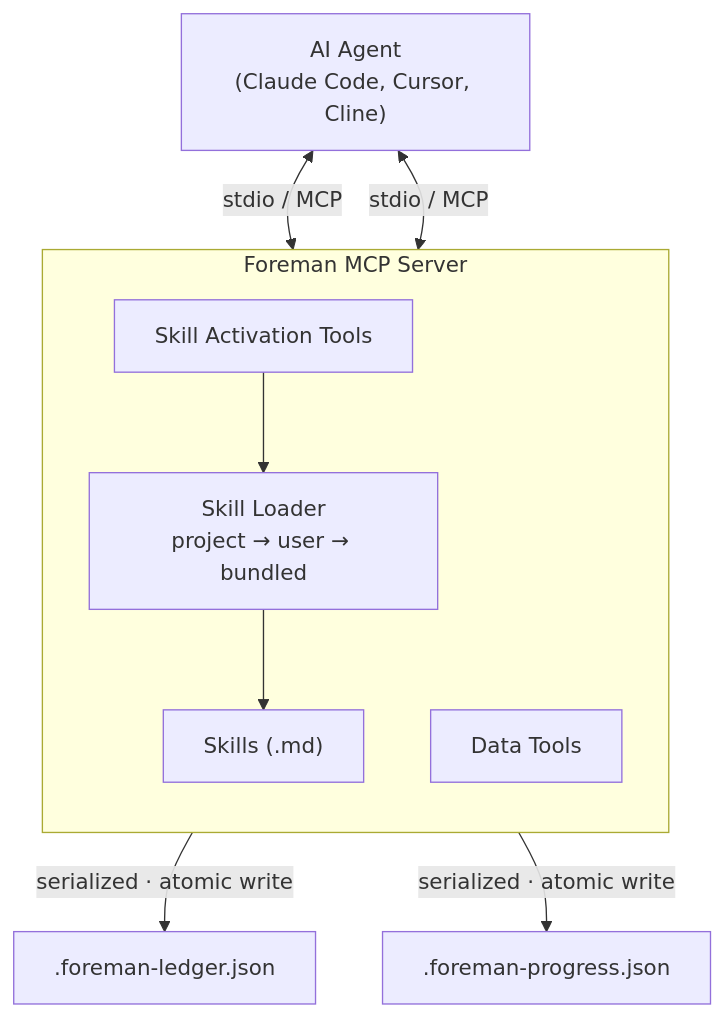
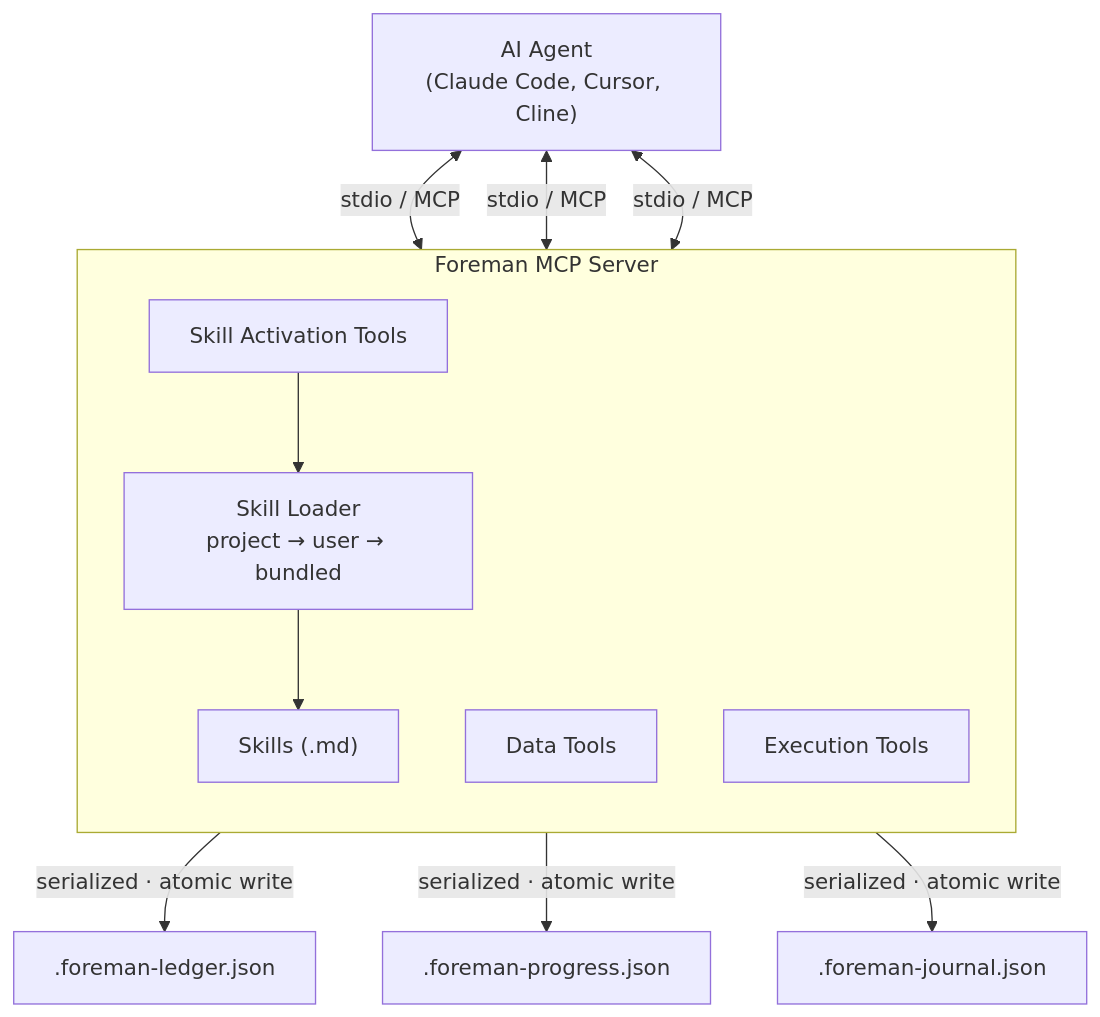
One commit to malindarathnayake/Foreman changed the second of 2 diagrams in README.md. Above: the diagram before and after it, drawn with Mermaid. The commit also changed other lines of this file and 45 other files, not shown here.

````diff
--- a/README.md
+++ b/README.md
@@ -142,21 +329,25 @@
 ```mermaid
 graph TD
     Agent["AI Agent<br/>(Claude Code, Cursor, Cline)"]
 
     subgraph Foreman MCP Server
         direction TB
         SKT["Skill Activation Tools"]
         DT["Data Tools"]
+        ET["Execution Tools"]
         SL["Skill Loader<br/>project → user → bundled"]
         SK["Skills (.md)"]
     end
 
     Ledger[".foreman-ledger.json"]
     Progress[".foreman-progress.json"]
+    Journal[".foreman-journal.json"]
 
     Agent <-->|"stdio / MCP"| SKT
     Agent <-->|"stdio / MCP"| DT
+    Agent <-->|"stdio / MCP"| ET
     SKT --> SL --> SK
     DT -->|"serialized · atomic write"| Ledger
     DT -->|"serialized · atomic write"| Progress
+    DT -->|"serialized · atomic write"| Journal
 ```
````
